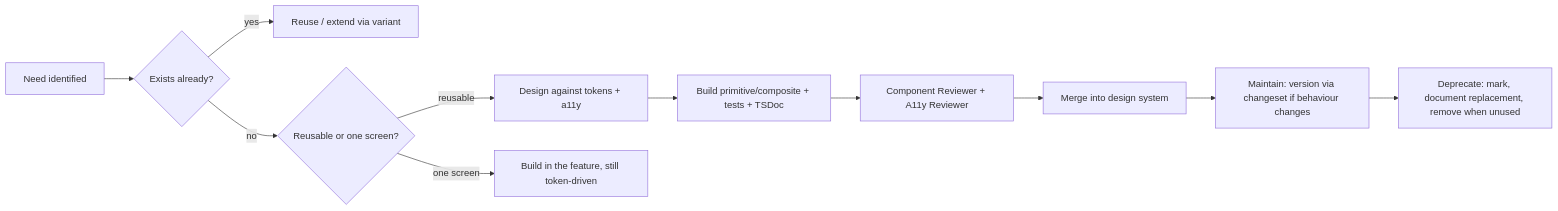
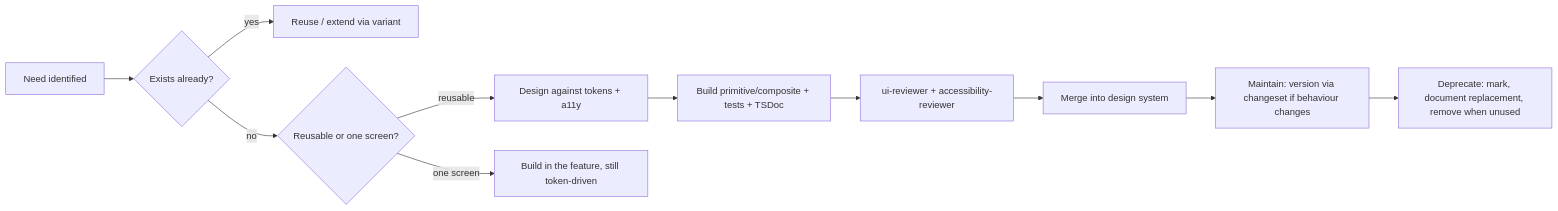
The diagram in docs/COMPONENT_LIBRARY.md (HuttonHomeHub/WorkHub), drawn with Mermaid before and after one commit. The commit also changed other lines of this file and 51 other files, not shown here.

````diff
--- a/docs/COMPONENT_LIBRARY.md
+++ b/docs/COMPONENT_LIBRARY.md
@@ -65,13 +65,13 @@
 ```mermaid
 flowchart LR
   A[Need identified] --> B{Exists already?}
   B -- yes --> C[Reuse / extend via variant]
   B -- no --> D{Reusable or one screen?}
   D -- reusable --> E[Design against tokens + a11y]
   E --> F[Build primitive/composite + tests + TSDoc]
-  F --> G[Component Reviewer + A11y Reviewer]
+  F --> G[ui-reviewer + accessibility-reviewer]
   G --> H[Merge into design system]
   D -- one screen --> I[Build in the feature, still token-driven]
   H --> J[Maintain: version via changeset if behaviour changes]
   J --> K[Deprecate: mark, document replacement, remove when unused]
 ```
````
